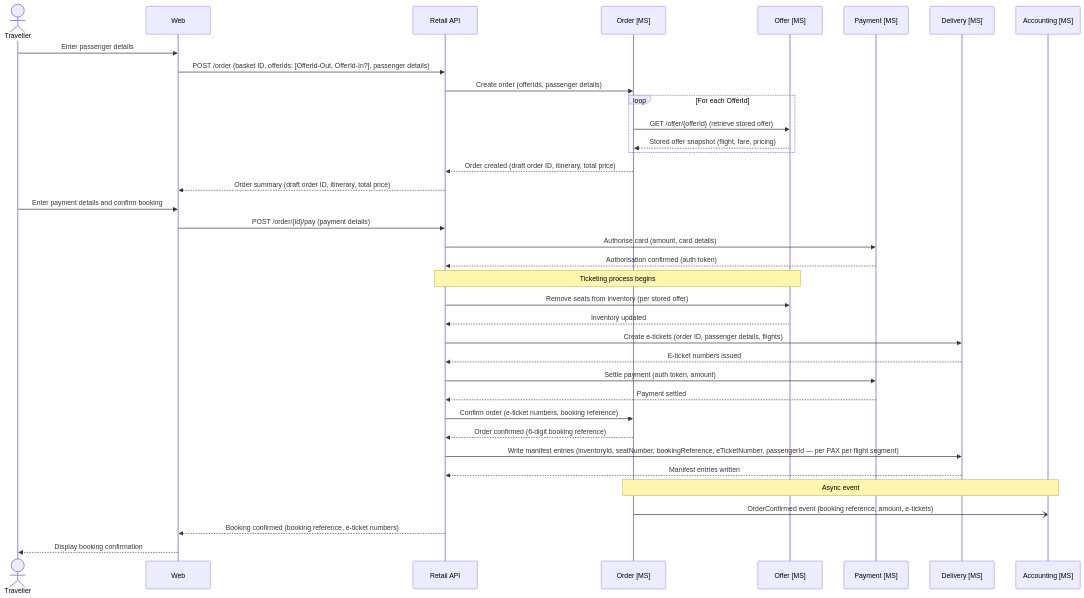
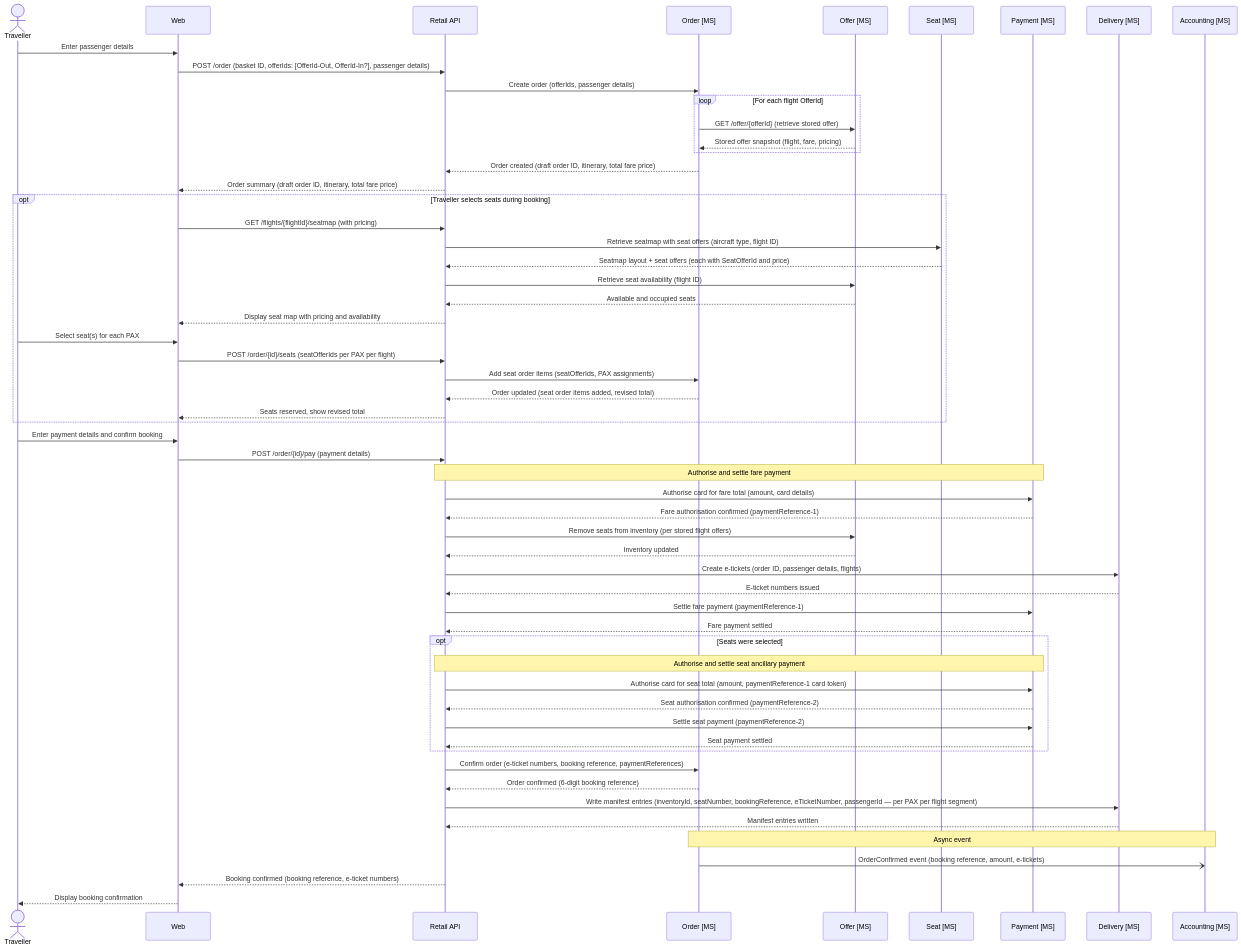
The third of 8 diagrams in architecture/design.md (sebharvey/airline-reservation-system), drawn with Mermaid before and after one commit. The commit also changed other lines of this file, not shown here.

First line of the commit message:
Enhance payment and seat management descriptions

````diff
--- a/architecture/design.md
+++ b/architecture/design.md
@@ -273,53 +273,73 @@
 ```mermaid
 sequenceDiagram
     actor Traveller
     participant Web
     participant RetailAPI as Retail API
     participant OrderMS as Order [MS]
     participant OfferMS as Offer [MS]
+    participant SeatMS as Seat [MS]
     participant PaymentMS as Payment [MS]
     participant DeliveryMS as Delivery [MS]
     participant AccountingMS as Accounting [MS]
 
     Traveller->>Web: Enter passenger details
 
     Web->>RetailAPI: POST /order (basket ID, offerIds: [OfferId-Out, OfferId-In?], passenger details)
     RetailAPI->>OrderMS: Create order (offerIds, passenger details)
 
-    loop For each OfferId
+    loop For each flight OfferId
         OrderMS->>OfferMS: GET /offer/{offerId} (retrieve stored offer)
         OfferMS-->>OrderMS: Stored offer snapshot (flight, fare, pricing)
     end
 
-    OrderMS-->>RetailAPI: Order created (draft order ID, itinerary, total price)
-    RetailAPI-->>Web: Order summary (draft order ID, itinerary, total price)
+    OrderMS-->>RetailAPI: Order created (draft order ID, itinerary, total fare price)
+    RetailAPI-->>Web: Order summary (draft order ID, itinerary, total fare price)
+
+    opt Traveller selects seats during booking
+        Web->>RetailAPI: GET /flights/{flightId}/seatmap (with pricing)
+        RetailAPI->>SeatMS: Retrieve seatmap with seat offers (aircraft type, flight ID)
+        SeatMS-->>RetailAPI: Seatmap layout + seat offers (each with SeatOfferId and price)
+        RetailAPI->>OfferMS: Retrieve seat availability (flight ID)
+        OfferMS-->>RetailAPI: Available and occupied seats
+        RetailAPI-->>Web: Display seat map with pricing and availability
+        Traveller->>Web: Select seat(s) for each PAX
+        Web->>RetailAPI: POST /order/{id}/seats (seatOfferIds per PAX per flight)
+        RetailAPI->>OrderMS: Add seat order items (seatOfferIds, PAX assignments)
+        OrderMS-->>RetailAPI: Order updated (seat order items added, revised total)
+        RetailAPI-->>Web: Seats reserved, show revised total
+    end
 
     Traveller->>Web: Enter payment details and confirm booking
 
     Web->>RetailAPI: POST /order/{id}/pay (payment details)
-    RetailAPI->>PaymentMS: Authorise card (amount, card details)
-    PaymentMS-->>RetailAPI: Authorisation confirmed (auth token)
 
-    Note over RetailAPI, OfferMS: Ticketing process begins
-
-    RetailAPI->>OfferMS: Remove seats from inventory (per stored offer)
+    Note over RetailAPI, PaymentMS: Authorise and settle fare payment
+    RetailAPI->>PaymentMS: Authorise card for fare total (amount, card details)
+    PaymentMS-->>RetailAPI: Fare authorisation confirmed (paymentReference-1)
+    RetailAPI->>OfferMS: Remove seats from inventory (per stored flight offers)
     OfferMS-->>RetailAPI: Inventory updated
-
     RetailAPI->>DeliveryMS: Create e-tickets (order ID, passenger details, flights)
     DeliveryMS-->>RetailAPI: E-ticket numbers issued
+    RetailAPI->>PaymentMS: Settle fare payment (paymentReference-1)
+    PaymentMS-->>RetailAPI: Fare payment settled
 
-    RetailAPI->>PaymentMS: Settle payment (auth token, amount)
-    PaymentMS-->>RetailAPI: Payment settled
+    opt Seats were selected
+        Note over RetailAPI, PaymentMS: Authorise and settle seat ancillary payment
+        RetailAPI->>PaymentMS: Authorise card for seat total (amount, paymentReference-1 card token)
+        PaymentMS-->>RetailAPI: Seat authorisation confirmed (paymentReference-2)
+        RetailAPI->>PaymentMS: Settle seat payment (paymentReference-2)
+        PaymentMS-->>RetailAPI: Seat payment settled
+    end
 
-    RetailAPI->>OrderMS: Confirm order (e-ticket numbers, booking reference)
+    RetailAPI->>OrderMS: Confirm order (e-ticket numbers, booking reference, paymentReferences)
     OrderMS-->>RetailAPI: Order confirmed (6-digit booking reference)
 
     RetailAPI->>DeliveryMS: Write manifest entries (inventoryId, seatNumber, bookingReference, eTicketNumber, passengerId — per PAX per flight segment)
     DeliveryMS-->>RetailAPI: Manifest entries written
 
     Note over OrderMS, AccountingMS: Async event
     OrderMS-)AccountingMS: OrderConfirmed event (booking reference, amount, e-tickets)
 
     RetailAPI-->>Web: Booking confirmed (booking reference, e-ticket numbers)
     Web-->>Traveller: Display booking confirmation
 ```
````
